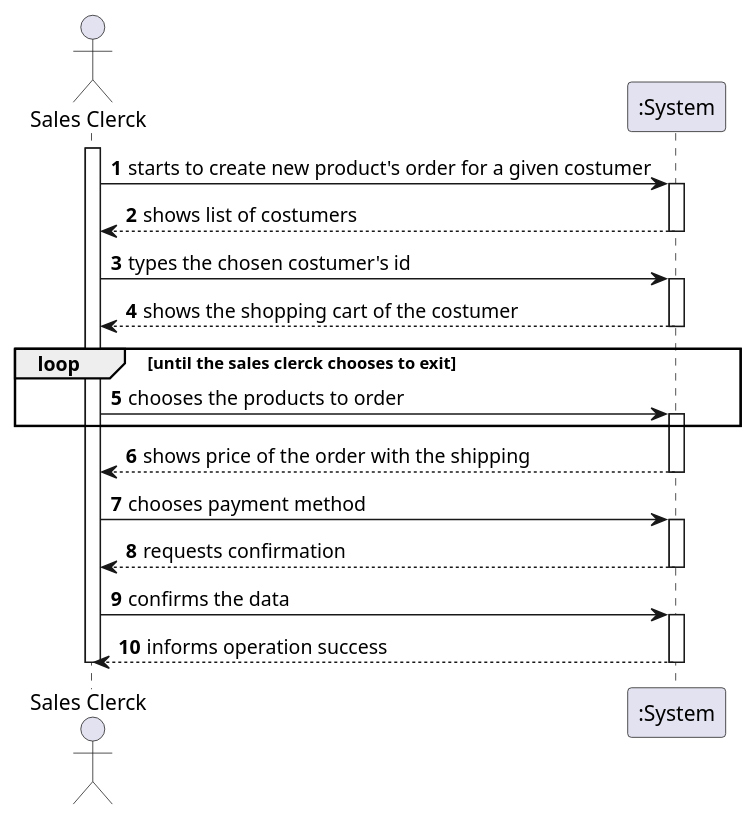
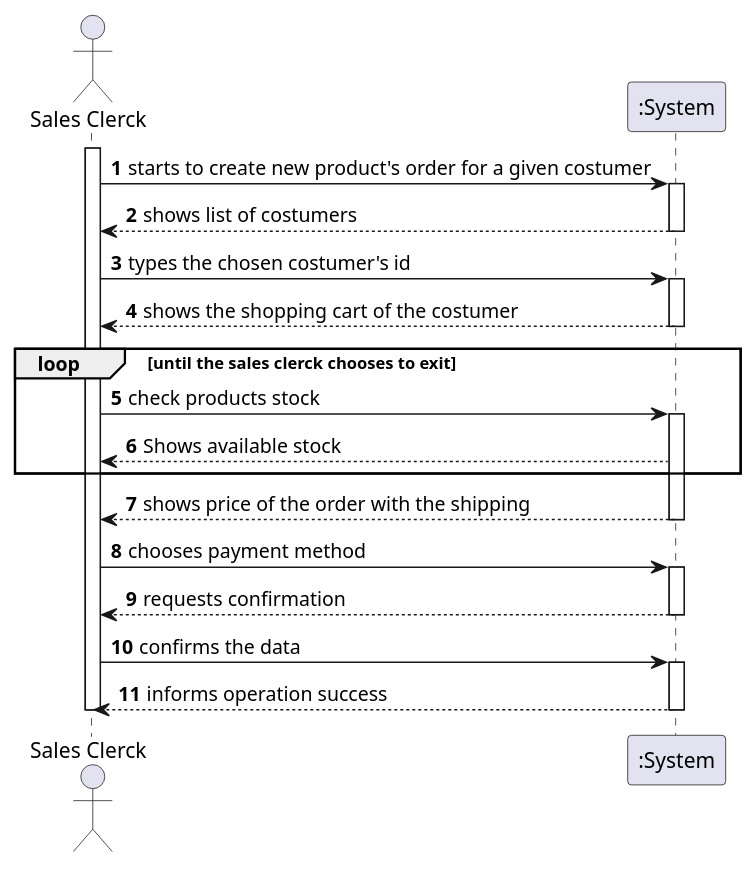
Before and after one commit to marttuga/LAPR4-SmartSystems: the diagram in docs/Sprint2/US1004/US1004_SSD.puml, drawn with PlantUML. The commit also changed 1 other file, not shown here.

```diff
--- a/docs/Sprint2/US1004/US1004_SSD.puml
+++ b/docs/Sprint2/US1004/US1004_SSD.puml
@@ -1,39 +1,41 @@
 @startuml
 autonumber
 actor "Sales Clerck" as SC
 
 
 activate SC
 SC -> ":System" : starts to create new product's order for a given costumer
 activate ":System"
 
 ":System" --> SC : shows list of costumers
 deactivate ":System"
 
 SC -> ":System" : types the chosen costumer's id
 activate ":System"
 
 ":System" --> SC : shows the shopping cart of the costumer
 deactivate ":System"
 loop until the sales clerck chooses to exit
-SC -> ":System" : chooses the products to order
+SC -> ":System" : check products stock
 activate ":System"
+":System" --> SC : Shows available stock
+
 end loop
 
 ":System" --> SC : shows price of the order with the shipping
 deactivate ":System"
 
 
 SC -> ":System" : chooses payment method
 activate ":System"
 
 ":System" --> SC : requests confirmation
 deactivate ":System"
 SC -> ":System" : confirms the data
 
 activate ":System"
 ":System" --> SC : informs operation success
 deactivate ":System"
 deactivate SC
 
 @enduml
```
